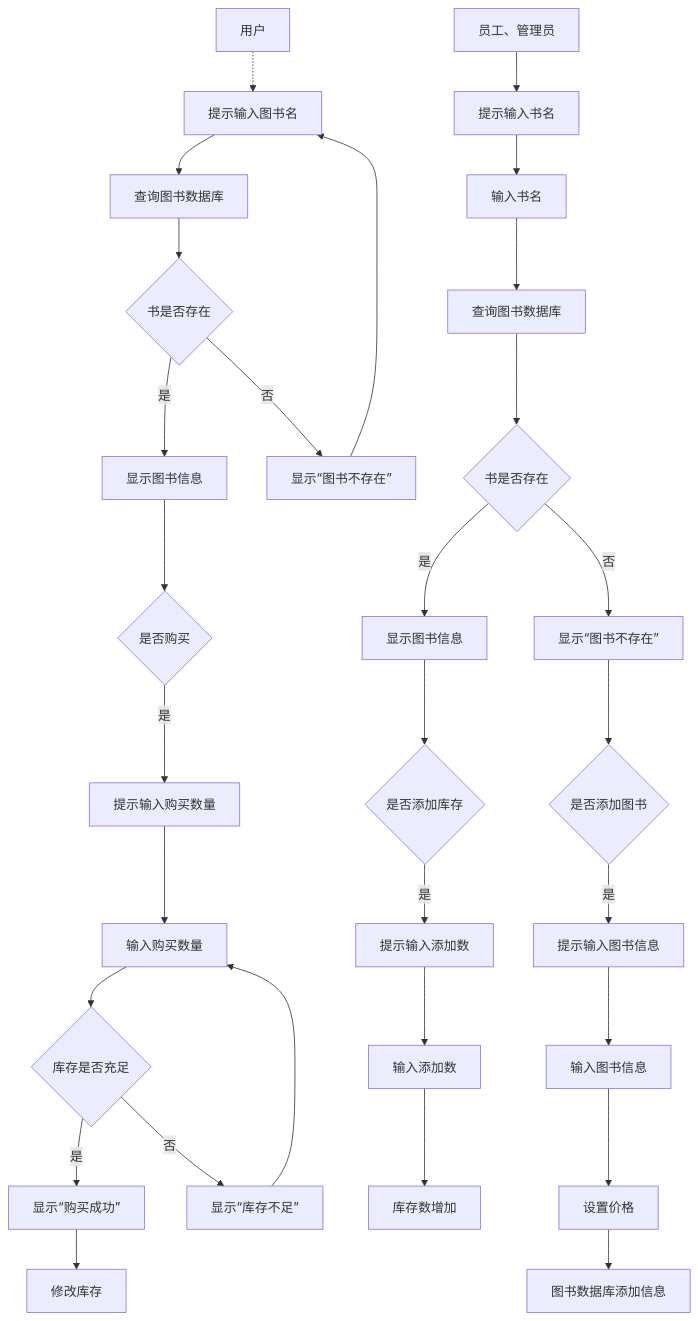
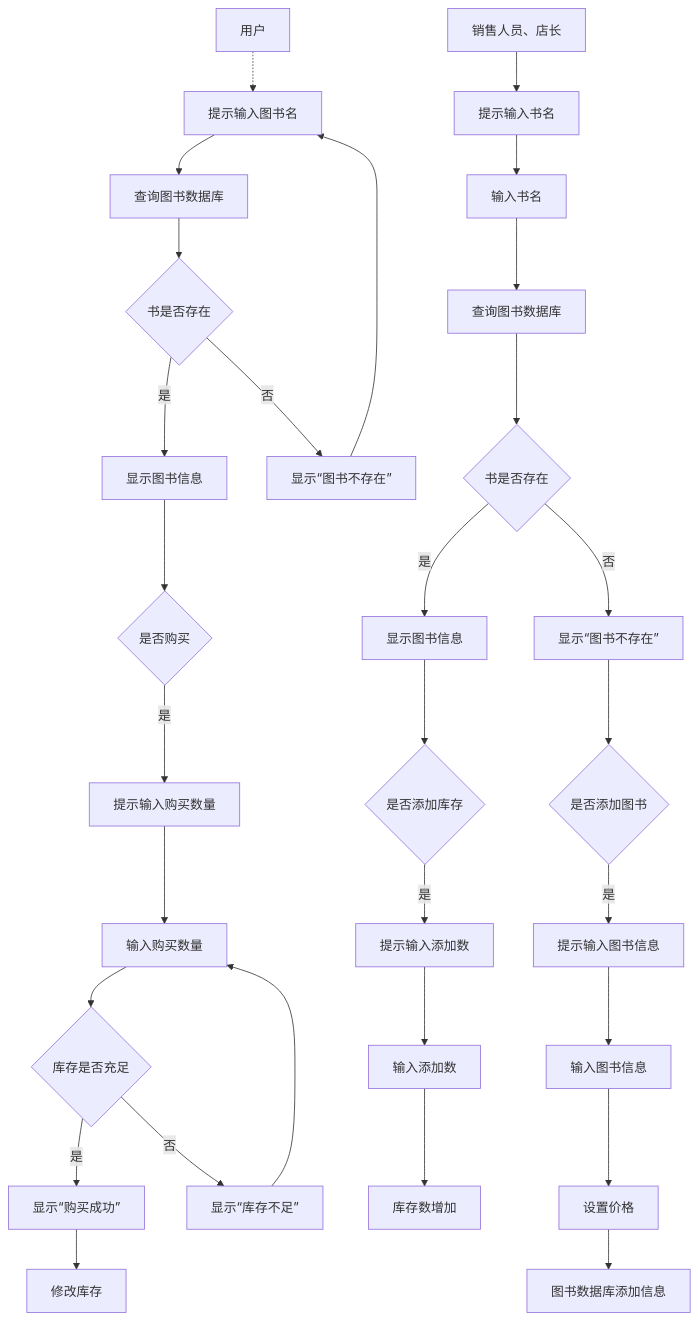
The third of 8 diagrams in 需求分析文档.md (yuki-cjm/Bookstore-2025), drawn with Mermaid before and after one commit. The commit also changed other lines of this file, not shown here.

````diff
--- a/需求分析文档.md
+++ b/需求分析文档.md
@@ -89,45 +93,45 @@
 ```mermaid
 graph TD
     A1[用户]-.->B1
     B1[提示输入图书名]-->C1[查询图书数据库]
     C1-->D1{书是否存在}
 
     D1-->|是|E1[显示图书信息]
     D1-->|否|F1[显示“图书不存在”]
 
     E1-->EA1{是否购买}
 
     EA1-->|是|EB1[提示输入购买数量]
     EB1-->EC1[输入购买数量]
     EC1-->ED1{库存是否充足}
     
     ED1-->|是|EE1[显示“购买成功”]
     ED1-->|否|EF1[显示“库存不足”]
 
     EE1-->EEA1[修改库存]
 
     EF1-->EC1
 
     F1-->B1
 
 
-    A2[员工、管理员]-->B2[提示输入书名]
+    A2[销售人员、店长]-->B2[提示输入书名]
     B2-->C2[输入书名]
     C2-->D2[查询图书数据库]
     D2-->E2{书是否存在}
     
     E2-->|是|F2[显示图书信息]
     F2-->FA2{是否添加库存}
 
     FA2-->|是|FB2[提示输入添加数]
     FB2-->FBA2[输入添加数]
     FBA2-->FBB2[库存数增加]
 
     E2-->|否|G2[显示“图书不存在”]
     G2-->GA2{是否添加图书}
 
     GA2-->|是|GB2[提示输入图书信息]
     GB2-->GBA2[输入图书信息]
     GBA2-->GBB2[设置价格]
     GBB2-->GBC2[图书数据库添加信息]
 ```
````
